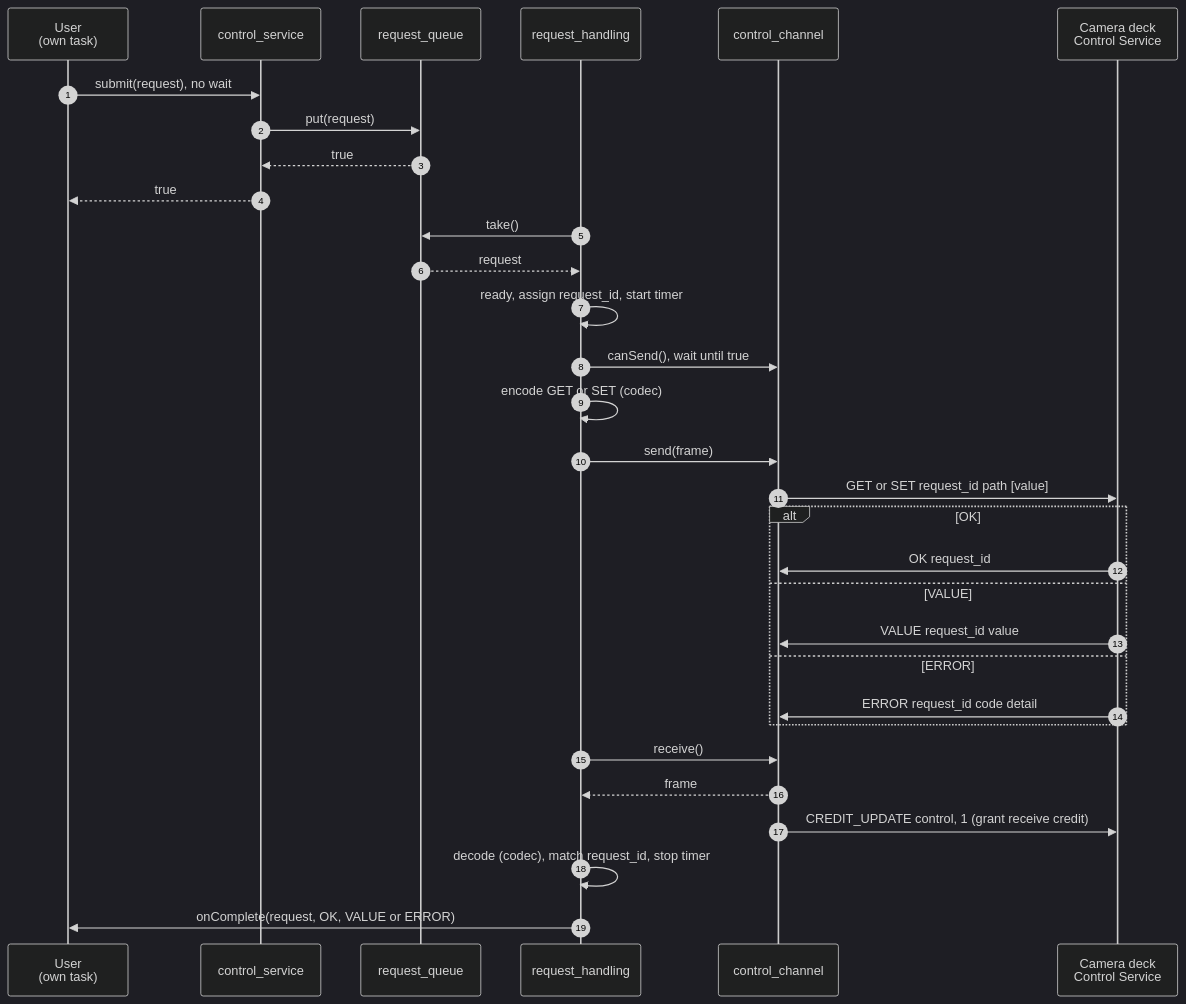
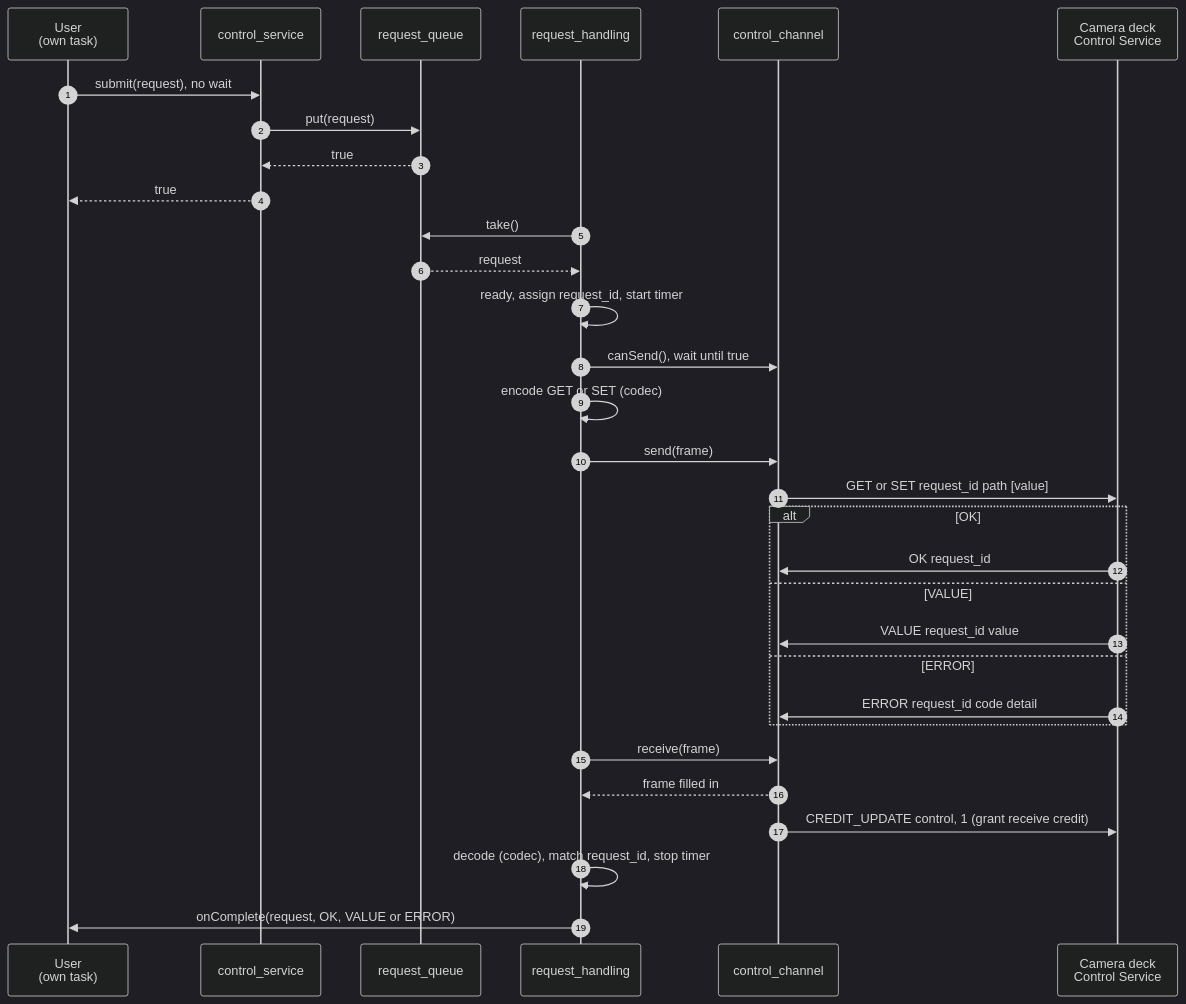
The fourth of 9 diagrams in docs/functional-areas/camera-deck-control.md (bitcraze/crazyflie-firmware), drawn with Mermaid (dark theme) before and after one commit. The commit also changed other lines of this file, not shown here.

Commit message:
doc: Added types diagram and function declarations

````diff
--- a/docs/functional-areas/camera-deck-control.md
+++ b/docs/functional-areas/camera-deck-control.md
@@ -299,34 +372,34 @@
 ```mermaid
 sequenceDiagram
     autonumber
     participant U as User<br/>(own task)
     participant CS as control_service
     participant Q as request_queue
     participant H as request_handling
     participant Ch as control_channel
     participant D as Camera deck<br/>Control Service
 
     U->>CS: submit(request), no wait
     CS->>Q: put(request)
     Q-->>CS: true
     CS-->>U: true
     H->>Q: take()
     Q-->>H: request
     H->>H: ready, assign request_id, start timer
     H->>Ch: canSend(), wait until true
     H->>H: encode GET or SET (codec)
     H->>Ch: send(frame)
     Ch->>D: GET or SET request_id path [value]
     alt OK
         D->>Ch: OK request_id
     else VALUE
         D->>Ch: VALUE request_id value
     else ERROR
         D->>Ch: ERROR request_id code detail
     end
-    H->>Ch: receive()
-    Ch-->>H: frame
+    H->>Ch: receive(frame)
+    Ch-->>H: frame filled in
     Ch->>D: CREDIT_UPDATE control, 1 (grant receive credit)
     H->>H: decode (codec), match request_id, stop timer
     H->>U: onComplete(request, OK, VALUE or ERROR)
 ```
````
